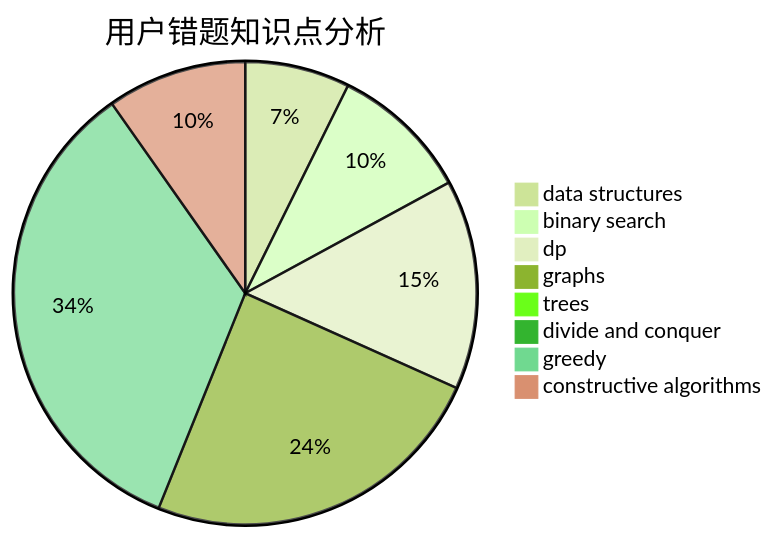
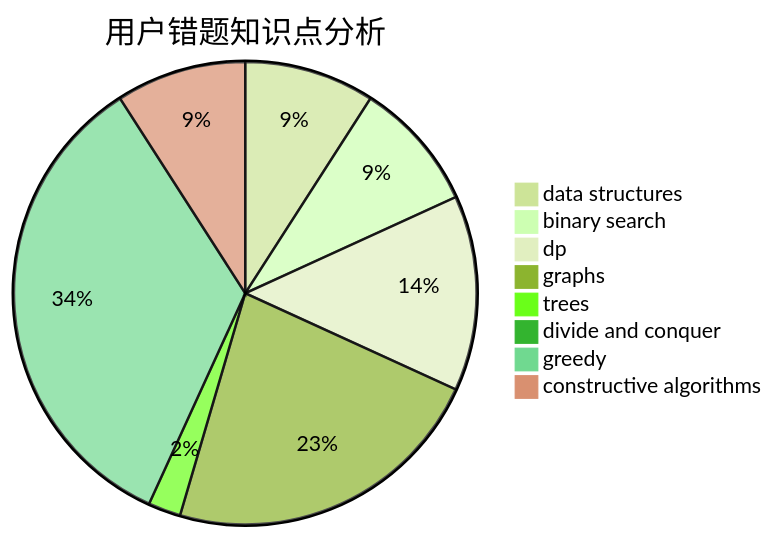
Before and after one commit to sherpahu/cfrs.github.io: the third of 3 diagrams in docs/user/u2150.md, drawn with Mermaid (forest theme). The commit also changed other lines of this file and 2770 other files, not shown here.

````diff
--- a/docs/user/u2150.md
+++ b/docs/user/u2150.md
@@ -36,11 +36,11 @@
 ```mermaid
 pie title 用户错题知识点分析
-    "data structures" :  3
+    "data structures" :  4
     "binary search" :  4
     "dp" :  6
     "graphs" :  10
-    "trees" :  0
+    "trees" :  1
     "divide and conquer" :  0
-    "greedy" :  14
+    "greedy" :  15
     "constructive algorithms" :  4
 ```
````
